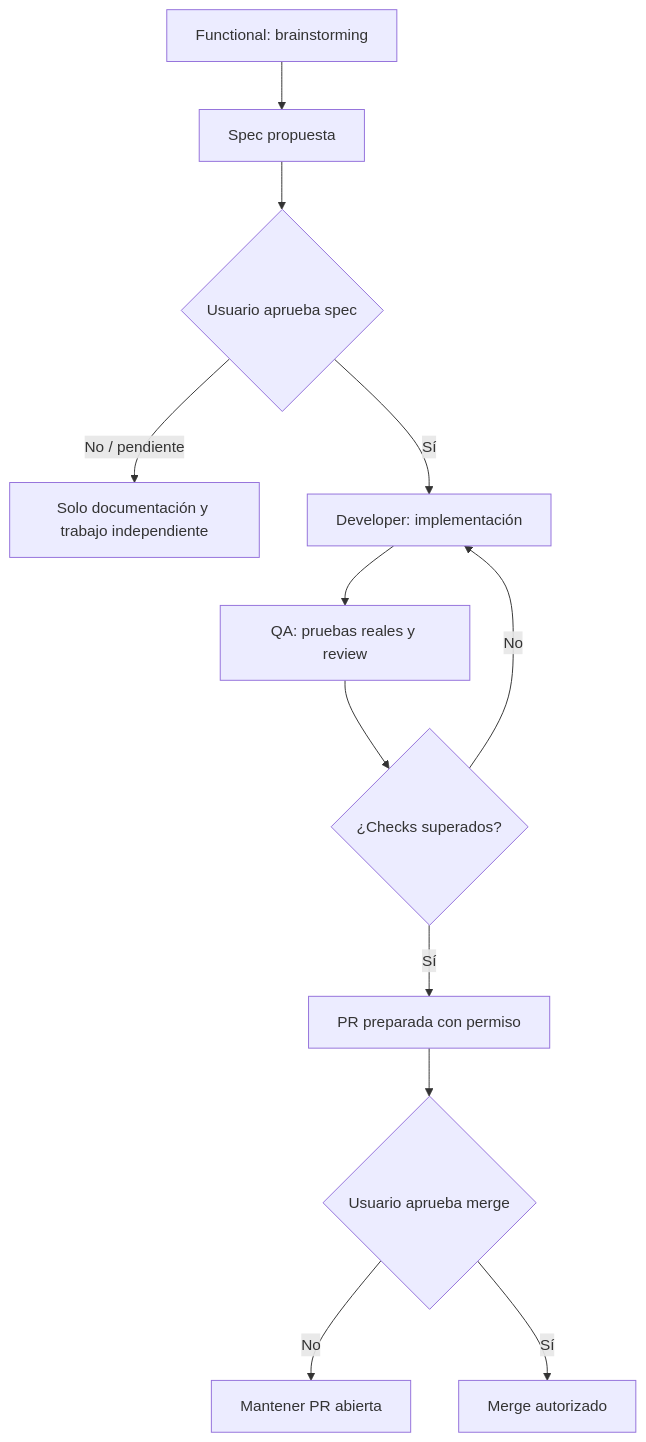
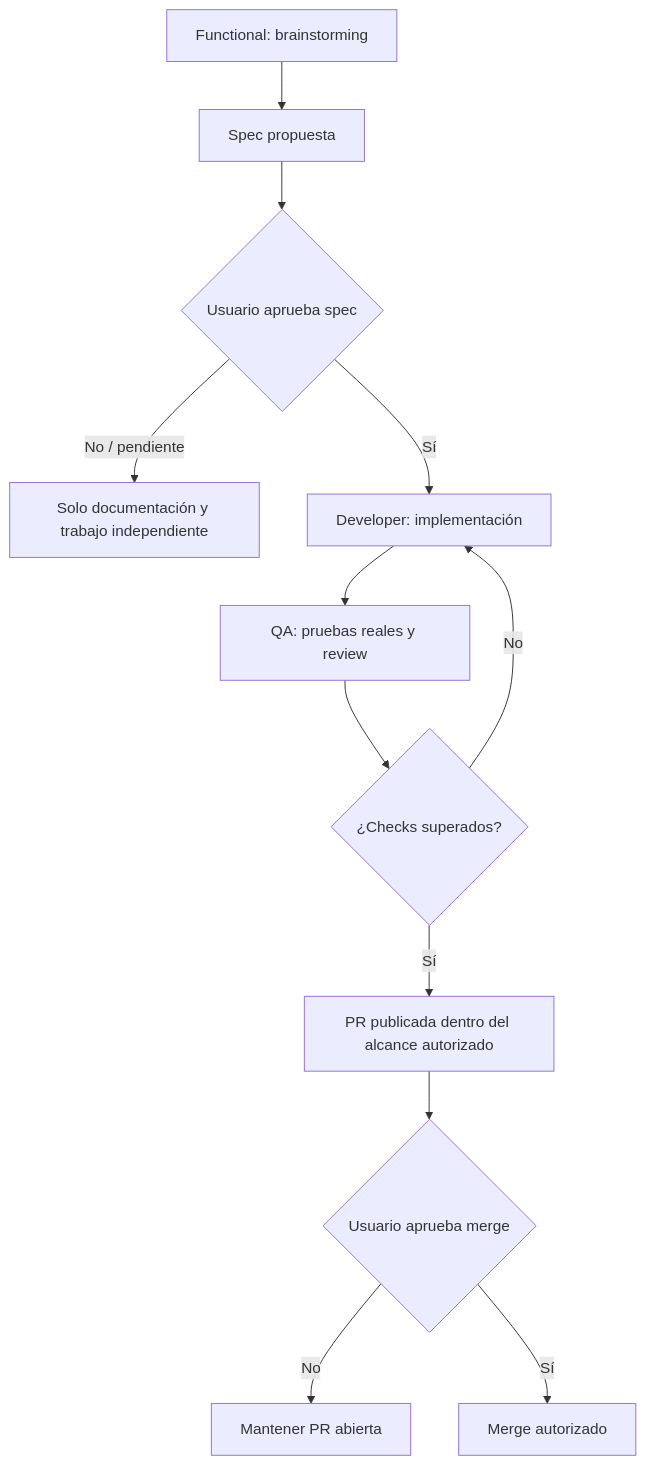
The fifth of 8 diagrams in docs/GUIA_VISUAL_ORQUESTACION.md (jmartinlabs/agent-project-template), drawn with Mermaid before and after one commit. The commit also changed other lines of this file and 20 other files, not shown here.

````diff
--- a/docs/GUIA_VISUAL_ORQUESTACION.md
+++ b/docs/GUIA_VISUAL_ORQUESTACION.md
@@ -90,14 +90,14 @@
 ```mermaid
 flowchart TD
     A["Functional: brainstorming"] --> B["Spec propuesta"]
     B --> C{"Usuario aprueba spec"}
     C -->|No / pendiente| D["Solo documentación y trabajo independiente"]
     C -->|Sí| E["Developer: implementación"]
     E --> F["QA: pruebas reales y review"]
     F --> G{"¿Checks superados?"}
     G -->|No| E
-    G -->|Sí| H["PR preparada con permiso"]
+    G -->|Sí| H["PR publicada dentro del alcance autorizado"]
     H --> I{"Usuario aprueba merge"}
     I -->|No| J["Mantener PR abierta"]
     I -->|Sí| K["Merge autorizado"]
 ```
````
